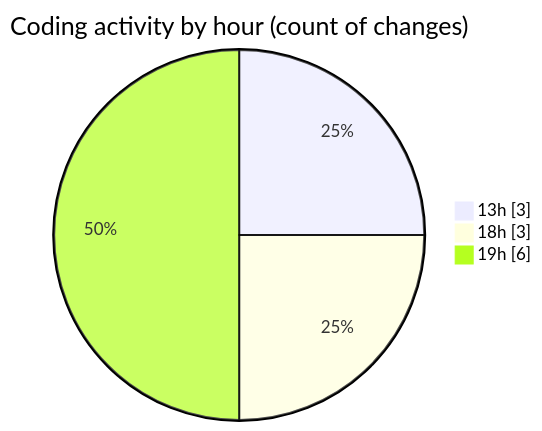
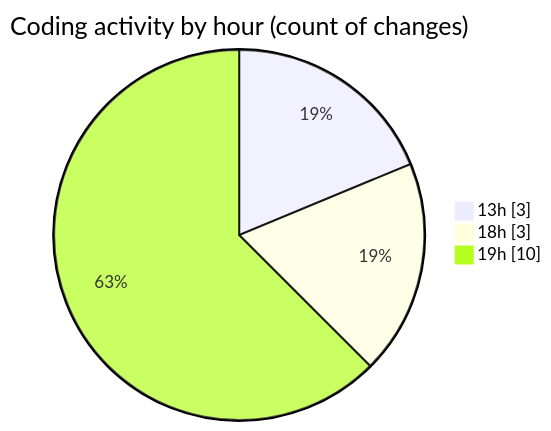
Before and after one commit to nxtqubesakshisongat/code-tracking: the second of 2 diagrams in 2026-11-22/nashik-misal-queue/README.md, drawn with Mermaid. The commit also changed other lines of this file and 1 other file, not shown here.

````diff
--- a/2026-11-22/nashik-misal-queue/README.md
+++ b/2026-11-22/nashik-misal-queue/README.md
@@ -30,7 +31,7 @@
 ```mermaid
 pie showData
 title Coding activity by hour (count of changes)
 "13h" : 3
 "18h" : 3
-"19h" : 6
+"19h" : 10
 ```
````
